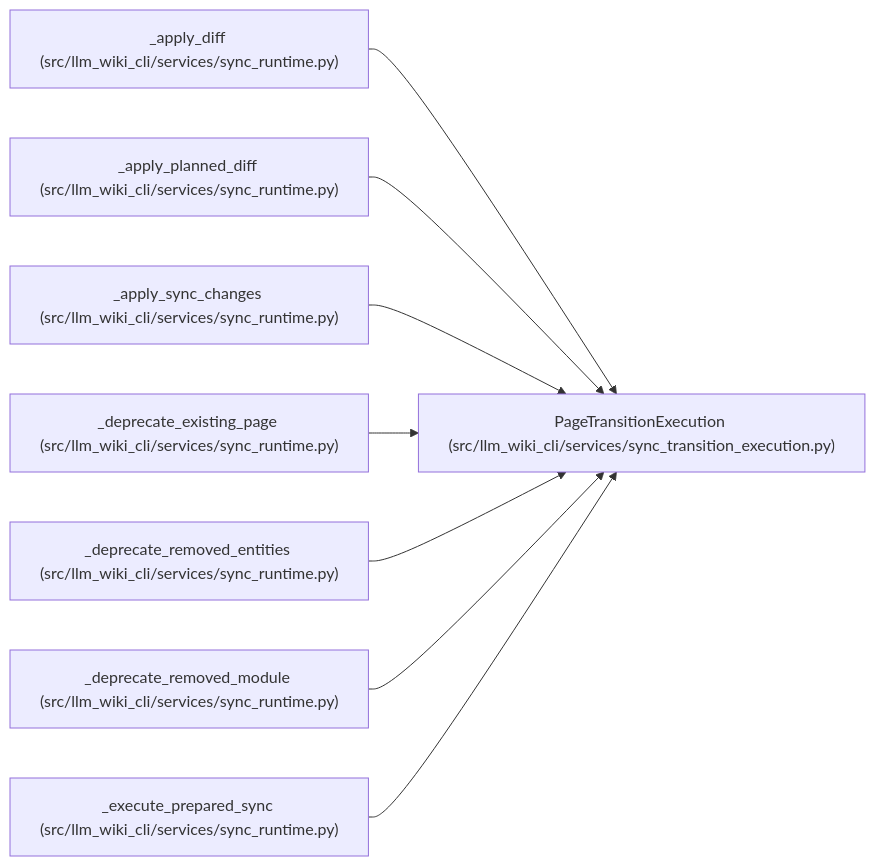
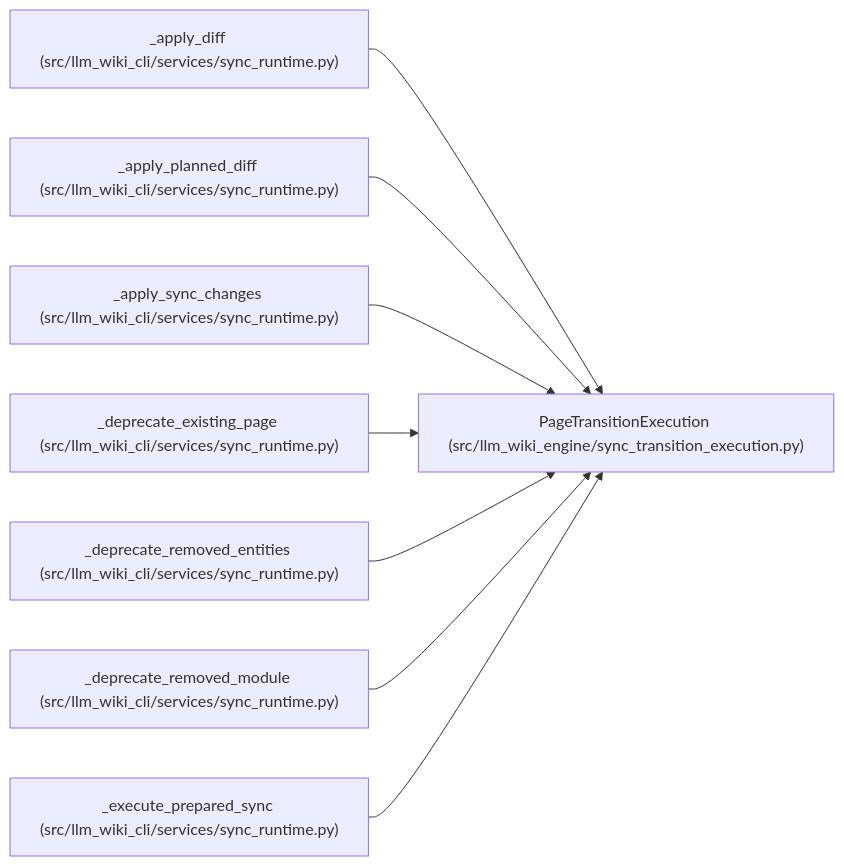
The diagram in docs/llm_wiki/entities/PageTransitionExecution.md (Denissvgn/python-wiki-llm), drawn with Mermaid before and after one commit. The commit also changed other lines of this file and 648 other files, not shown here.

Commit message:
docs: refresh the wiki for the engine task contract and search

````diff
--- a/docs/llm_wiki/entities/PageTransitionExecution.md
+++ b/docs/llm_wiki/entities/PageTransitionExecution.md
@@ -38,26 +38,26 @@
 ```mermaid
 flowchart LR
-    n0["PageTransitionExecution (src/llm_wiki_cli/services/sync_transition_execution.py)"]
+    n0["PageTransitionExecution (src/llm_wiki_engine/sync_transition_execution.py)"]
     n1["_apply_diff (src/llm_wiki_cli/services/sync_runtime.py)"]
     n2["_apply_planned_diff (src/llm_wiki_cli/services/sync_runtime.py)"]
     n3["_apply_sync_changes (src/llm_wiki_cli/services/sync_runtime.py)"]
     n4["_deprecate_existing_page (src/llm_wiki_cli/services/sync_runtime.py)"]
     n5["_deprecate_removed_entities (src/llm_wiki_cli/services/sync_runtime.py)"]
     n6["_deprecate_removed_module (src/llm_wiki_cli/services/sync_runtime.py)"]
     n7["_execute_prepared_sync (src/llm_wiki_cli/services/sync_runtime.py)"]
     n1 --> n0
     n2 --> n0
     n3 --> n0
     n4 --> n0
     n5 --> n0
     n6 --> n0
     n7 --> n0
     click n0 "../modules/sync_transition_execution.md"
     click n1 "../modules/sync_runtime.md"
     click n2 "../modules/sync_runtime.md"
     click n3 "../modules/sync_runtime.md"
     click n4 "../modules/sync_runtime.md"
     click n5 "../modules/sync_runtime.md"
     click n6 "../modules/sync_runtime.md"
     click n7 "../modules/sync_runtime.md"
 ```
````
